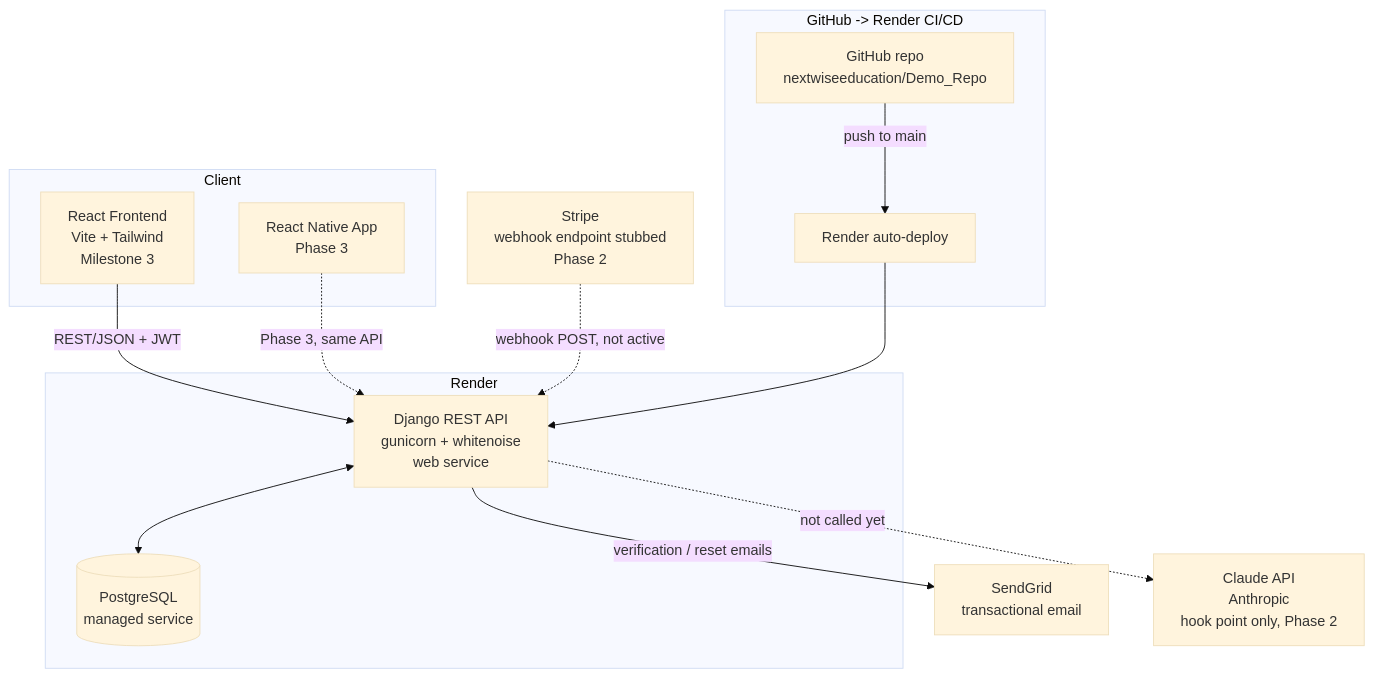
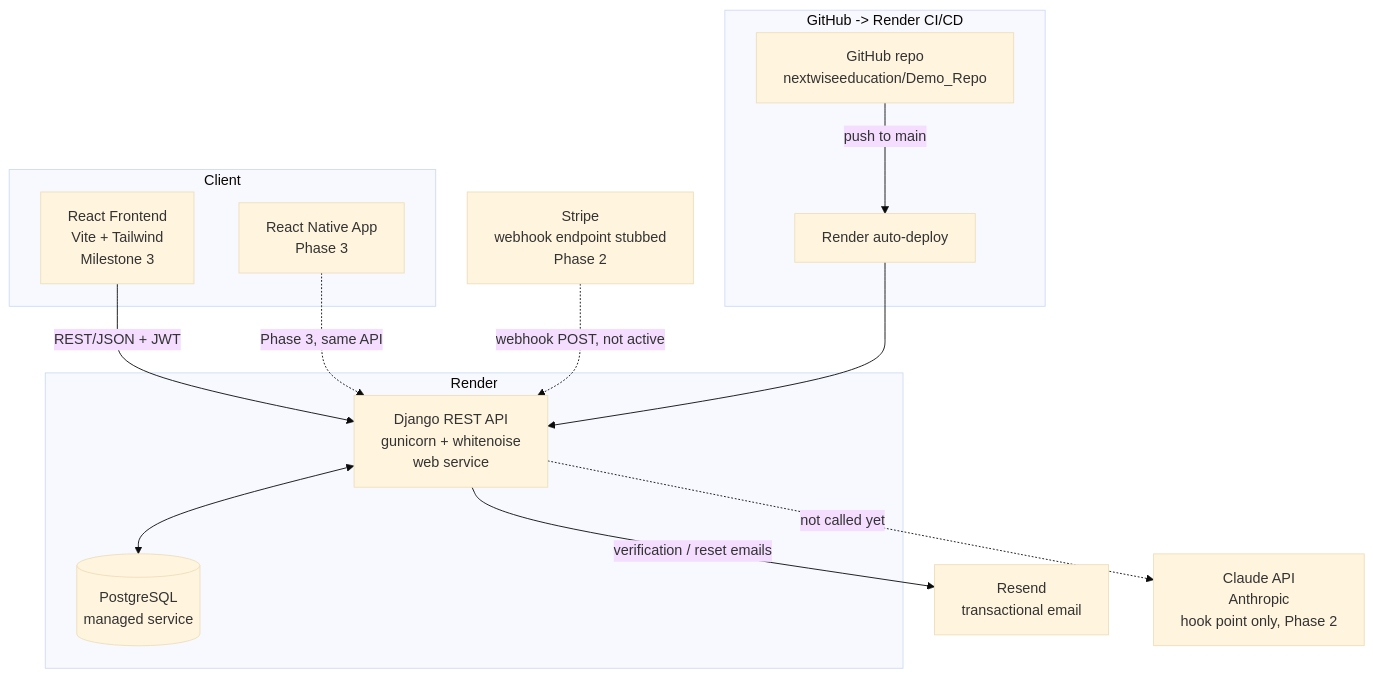
Before and after one commit to nextwiseeducation/Demo_Repo: the diagram in docs/architecture.md, drawn with Mermaid (base theme). The commit also changed other lines of this file and 8 other files, not shown here.

First line of the commit message:
Switch transactional email from SendGrid to Resend

````diff
--- a/docs/architecture.md
+++ b/docs/architecture.md
@@ -5,29 +5,29 @@
 ```mermaid
 flowchart TB
     subgraph client["Client"]
         RN[React Frontend<br/>Vite + Tailwind<br/>Milestone 3]
         MOB[React Native App<br/>Phase 3]
     end
 
     subgraph render["Render"]
         WEB[Django REST API<br/>gunicorn + whitenoise<br/>web service]
         DB[(PostgreSQL<br/>managed service)]
     end
 
-    SG[SendGrid<br/>transactional email]
+    SG[Resend<br/>transactional email]
     STRIPE[Stripe<br/>webhook endpoint stubbed<br/>Phase 2]
     CLAUDE[Claude API<br/>Anthropic<br/>hook point only, Phase 2]
 
     RN -- REST/JSON + JWT --> WEB
     MOB -. Phase 3, same API .-> WEB
     WEB <--> DB
     WEB -- verification / reset emails --> SG
     STRIPE -. webhook POST, not active .-> WEB
     WEB -. not called yet .-> CLAUDE
 
     subgraph cicd["GitHub -> Render CI/CD"]
         GH[GitHub repo<br/>nextwiseeducation/Demo_Repo]
         GH -- push to main --> DEPLOY[Render auto-deploy]
         DEPLOY --> WEB
     end
 ```
````
